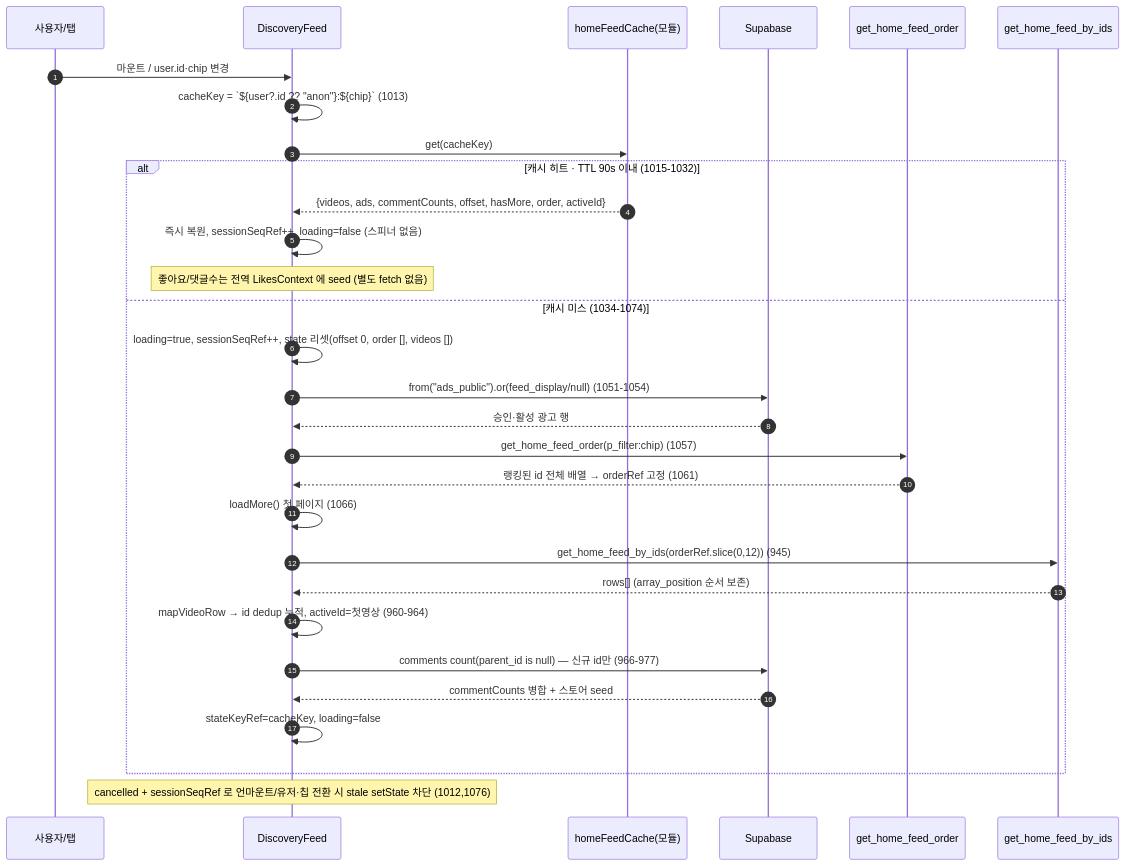
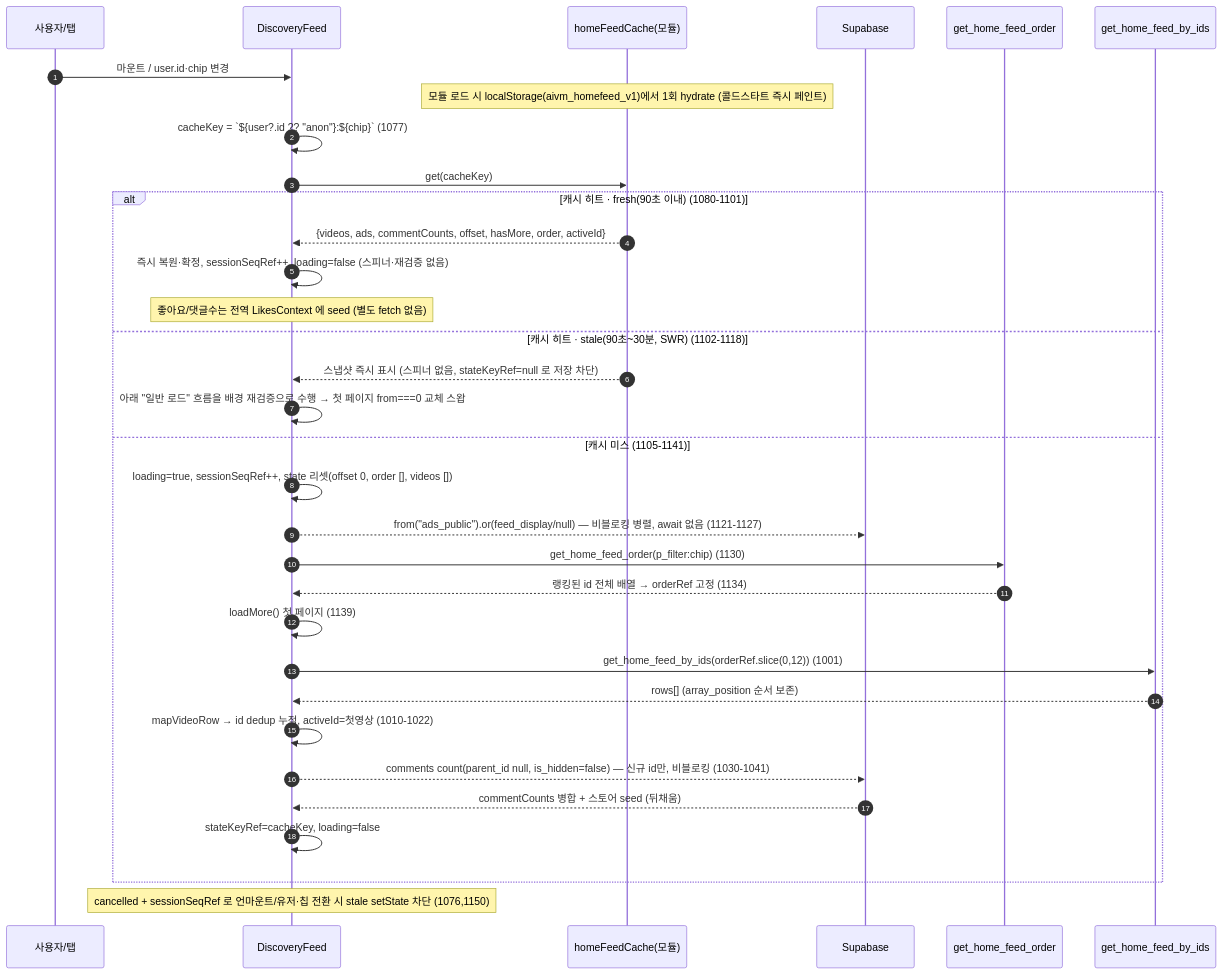
The first of 6 diagrams in docs/prd/02-home-feed.md (crebiz-commits/ai-v-market), drawn with Mermaid before and after one commit. The commit also changed other lines of this file and 10 other files, not shown here.

````diff
--- a/docs/prd/02-home-feed.md
+++ b/docs/prd/02-home-feed.md
@@ -395,33 +410,36 @@
 ```mermaid
 sequenceDiagram
     autonumber
     participant U as 사용자/탭
     participant DF as DiscoveryFeed
     participant C as homeFeedCache(모듈)
     participant SB as Supabase
     participant ORD as get_home_feed_order
     participant IDS as get_home_feed_by_ids
 
     U->>DF: 마운트 / user.id·chip 변경
-    DF->>DF: cacheKey = `${user?.id ?? "anon"}:${chip}` (1013)
+    note over C: 모듈 로드 시 localStorage(aivm_homefeed_v1)에서 1회 hydrate (콜드스타트 즉시 페인트)
+    DF->>DF: cacheKey = `${user?.id ?? "anon"}:${chip}` (1077)
     DF->>C: get(cacheKey)
-    alt 캐시 히트 · TTL 90s 이내 (1015-1032)
+    alt 캐시 히트 · fresh(90초 이내) (1080-1101)
         C-->>DF: {videos, ads, commentCounts, offset, hasMore, order, activeId}
-        DF->>DF: 즉시 복원, sessionSeqRef++, loading=false (스피너 없음)
+        DF->>DF: 즉시 복원·확정, sessionSeqRef++, loading=false (스피너·재검증 없음)
         note over DF: 좋아요/댓글수는 전역 LikesContext 에 seed (별도 fetch 없음)
-    else 캐시 미스 (1034-1074)
+    else 캐시 히트 · stale(90초~30분, SWR) (1102-1118)
+        C-->>DF: 스냅샷 즉시 표시 (스피너 없음, stateKeyRef=null 로 저장 차단)
+        DF->>DF: 아래 "일반 로드" 흐름을 배경 재검증으로 수행 → 첫 페이지 from===0 교체 스왑
+    else 캐시 미스 (1105-1141)
         DF->>DF: loading=true, sessionSeqRef++, state 리셋(offset 0, order [], videos [])
-        DF->>SB: from("ads_public").or(feed_display/null) (1051-1054)
-        SB-->>DF: 승인·활성 광고 행
-        DF->>ORD: get_home_feed_order(p_filter:chip) (1057)
-        ORD-->>DF: 랭킹된 id 전체 배열 → orderRef 고정 (1061)
-        DF->>DF: loadMore() 첫 페이지 (1066)
-        DF->>IDS: get_home_feed_by_ids(orderRef.slice(0,12)) (945)
+        DF-->>SB: from("ads_public").or(feed_display/null) — 비블로킹 병렬, await 없음 (1121-1127)
+        DF->>ORD: get_home_feed_order(p_filter:chip) (1130)
+        ORD-->>DF: 랭킹된 id 전체 배열 → orderRef 고정 (1134)
+        DF->>DF: loadMore() 첫 페이지 (1139)
+        DF->>IDS: get_home_feed_by_ids(orderRef.slice(0,12)) (1001)
         IDS-->>DF: rows[] (array_position 순서 보존)
-        DF->>DF: mapVideoRow → id dedup 누적, activeId=첫영상 (960-964)
-        DF->>SB: comments count(parent_id is null) — 신규 id만 (966-977)
-        SB-->>DF: commentCounts 병합 + 스토어 seed
+        DF->>DF: mapVideoRow → id dedup 누적, activeId=첫영상 (1010-1022)
+        DF-->>SB: comments count(parent_id null, is_hidden=false) — 신규 id만, 비블로킹 (1030-1041)
+        SB-->>DF: commentCounts 병합 + 스토어 seed (뒤채움)
         DF->>DF: stateKeyRef=cacheKey, loading=false
     end
-    note over DF: cancelled + sessionSeqRef 로 언마운트/유저·칩 전환 시 stale setState 차단 (1012,1076)
+    note over DF: cancelled + sessionSeqRef 로 언마운트/유저·칩 전환 시 stale setState 차단 (1076,1150)
 ```
````
